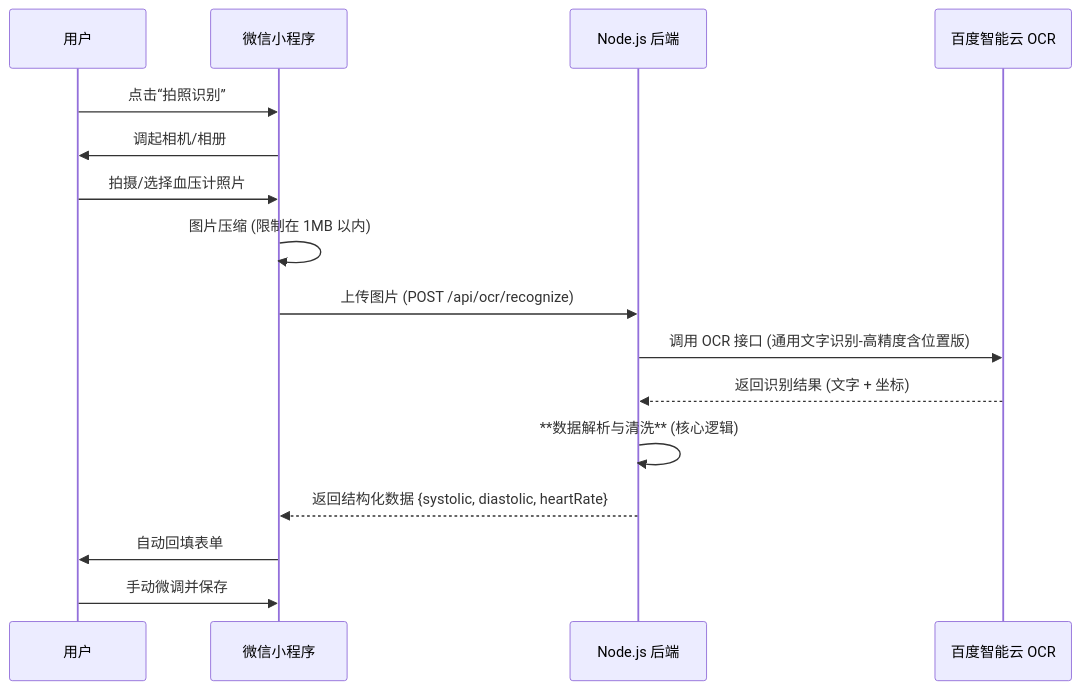
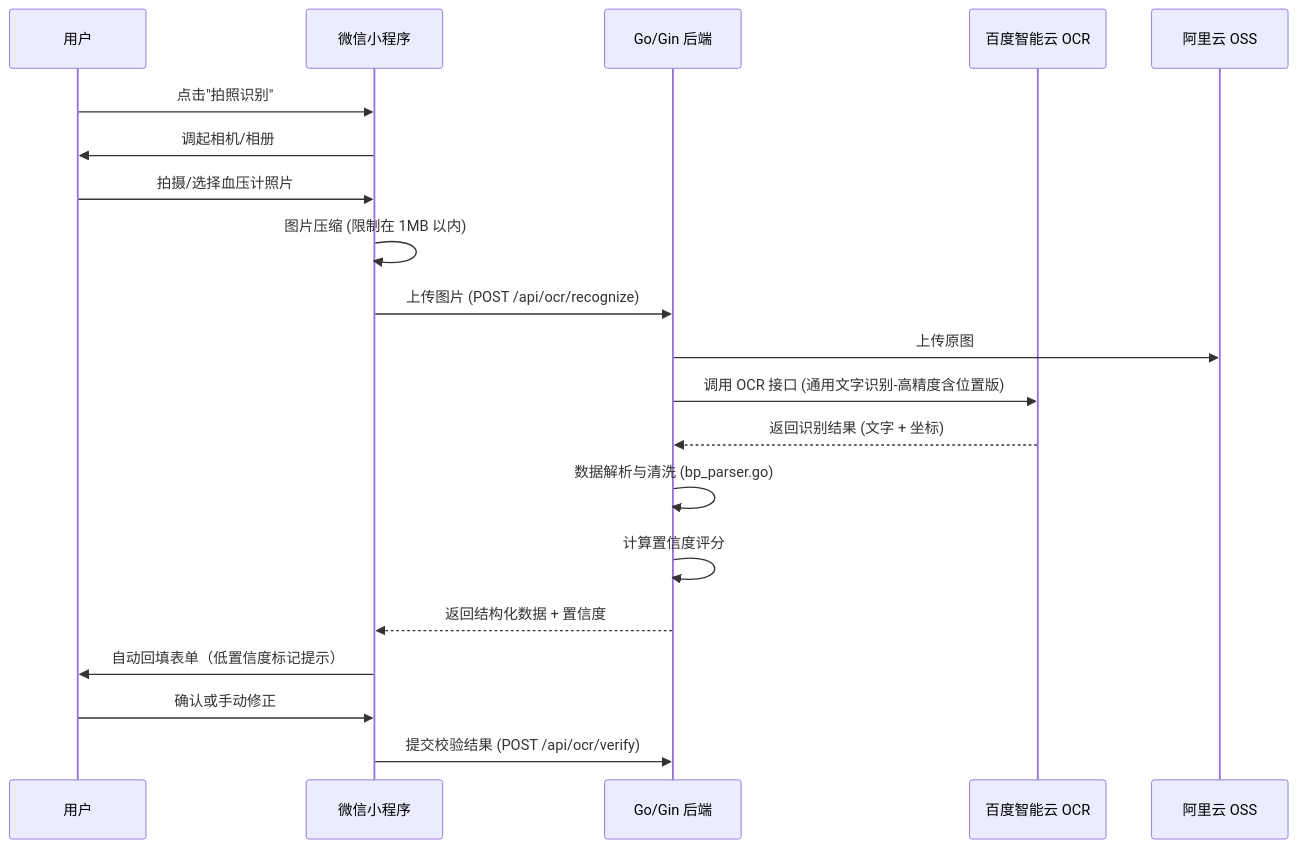
One commit to zltl/BBFlow changed the diagram in docs/血压计拍照识别功能设计.md. Above: the diagram before and after it, drawn with Mermaid. The commit also changed other lines of this file and 5 other files, not shown here.

````diff
--- a/docs/血压计拍照识别功能设计.md
+++ b/docs/血压计拍照识别功能设计.md
@@ -16,19 +17,23 @@
 ```mermaid
 sequenceDiagram
     participant User as 用户
     participant MP as 微信小程序
-    participant Server as Node.js 后端
+    participant Server as Go/Gin 后端
     participant Baidu as 百度智能云 OCR
+    participant OSS as 阿里云 OSS
 
-    User->>MP: 点击“拍照识别”
+    User->>MP: 点击"拍照识别"
     MP->>User: 调起相机/相册
     User->>MP: 拍摄/选择血压计照片
     MP->>MP: 图片压缩 (限制在 1MB 以内)
     MP->>Server: 上传图片 (POST /api/ocr/recognize)
+    Server->>OSS: 上传原图
     Server->>Baidu: 调用 OCR 接口 (通用文字识别-高精度含位置版)
     Baidu-->>Server: 返回识别结果 (文字 + 坐标)
-    Server->>Server: **数据解析与清洗** (核心逻辑)
-    Server-->>MP: 返回结构化数据 {systolic, diastolic, heartRate}
-    MP->>User: 自动回填表单
-    User->>MP: 手动微调并保存
+    Server->>Server: 数据解析与清洗 (bp_parser.go)
+    Server->>Server: 计算置信度评分
+    Server-->>MP: 返回结构化数据 + 置信度
+    MP->>User: 自动回填表单（低置信度标记提示）
+    User->>MP: 确认或手动修正
+    MP->>Server: 提交校验结果 (POST /api/ocr/verify)
 ```
````
